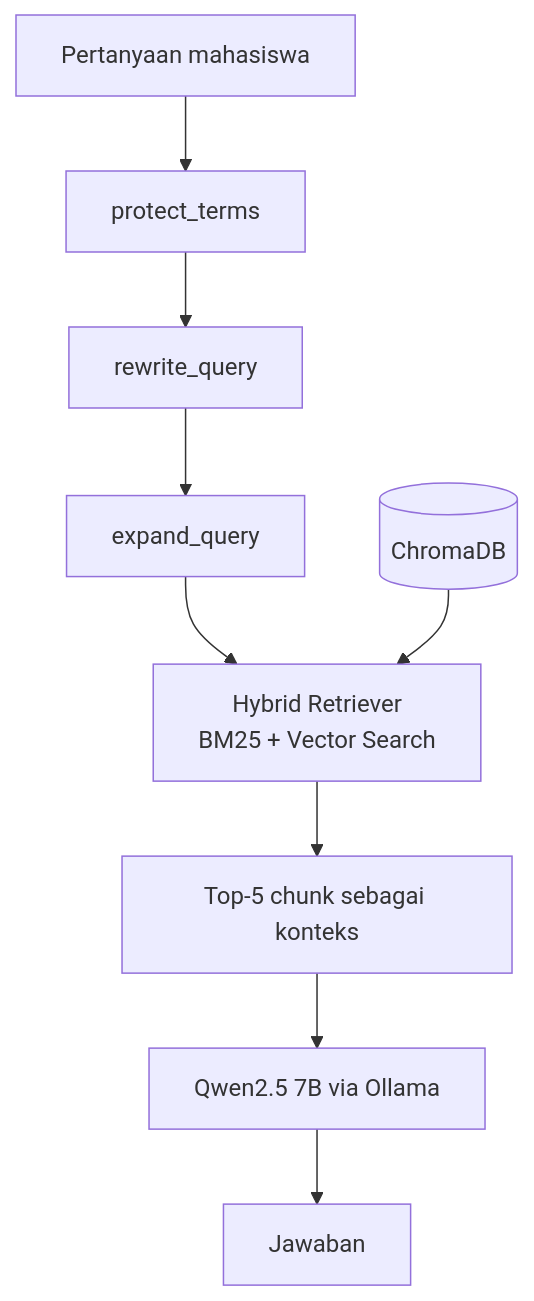
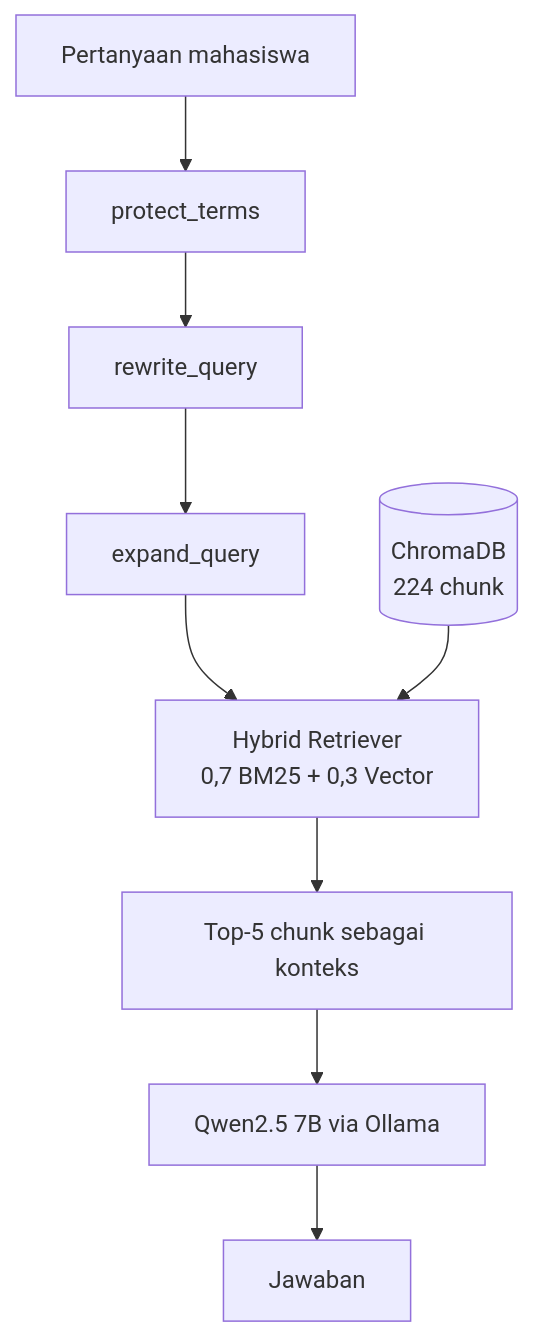
Before and after one commit to Daztyndaffa/Program-skripsi-daztyndaffadanendra: the diagram in README.md, drawn with Mermaid. The commit also changed other lines of this file and 1 other file, not shown here.

````diff
--- a/README.md
+++ b/README.md
@@ -23,11 +24,11 @@
 ```mermaid
 flowchart TD
     A[Pertanyaan mahasiswa] --> B[protect_terms]
     B --> C[rewrite_query]
     C --> D[expand_query]
-    D --> E[Hybrid Retriever<br/>BM25 + Vector Search]
-    F[(ChromaDB)] --> E
+    D --> E[Hybrid Retriever<br/>0,7 BM25 + 0,3 Vector]
+    F[(ChromaDB<br/>224 chunk)] --> E
     E --> G[Top-5 chunk sebagai konteks]
     G --> H[Qwen2.5 7B via Ollama]
     H --> I[Jawaban]
 ```
````
